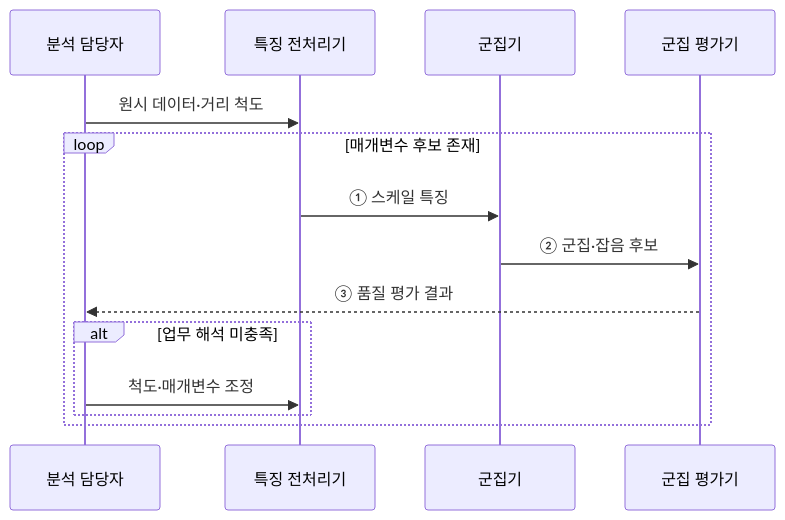
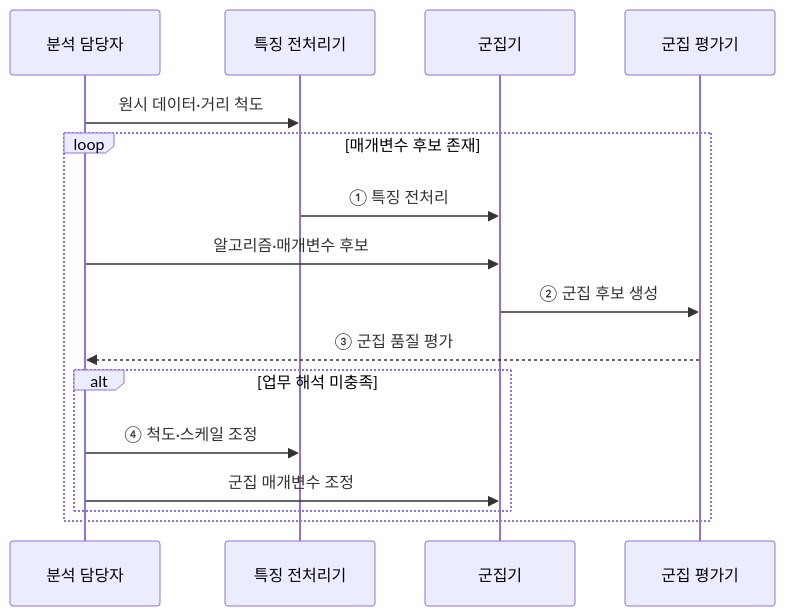
The second of 2 diagrams in src/content/docs/notes/01-basic-theory/035_clustering.md (agnusdei1207/knowledge-base), drawn with Mermaid before and after one commit. The commit also changed other lines of this file and 20 other files, not shown here.

````diff
--- a/src/content/docs/notes/01-basic-theory/035_clustering.md
+++ b/src/content/docs/notes/01-basic-theory/035_clustering.md
@@ -88,16 +90,18 @@
 ```mermaid
 sequenceDiagram
     participant A as 분석 담당자
     participant P as 특징 전처리기
     participant C as 군집기
     participant E as 군집 평가기
     A->>P: 원시 데이터·거리 척도
     loop 매개변수 후보 존재
-        P->>C: ① 스케일 특징
-        C->>E: ② 군집·잡음 후보
-        E-->>A: ③ 품질 평가 결과
+        P->>C: ① 특징 전처리
+        A->>C: 알고리즘·매개변수 후보
+        C->>E: ② 군집 후보 생성
+        E-->>A: ③ 군집 품질 평가
         alt 업무 해석 미충족
-            A->>P: 척도·매개변수 조정
+            A->>P: ④ 척도·스케일 조정
+            A->>C: 군집 매개변수 조정
         end
     end
 ```
````
